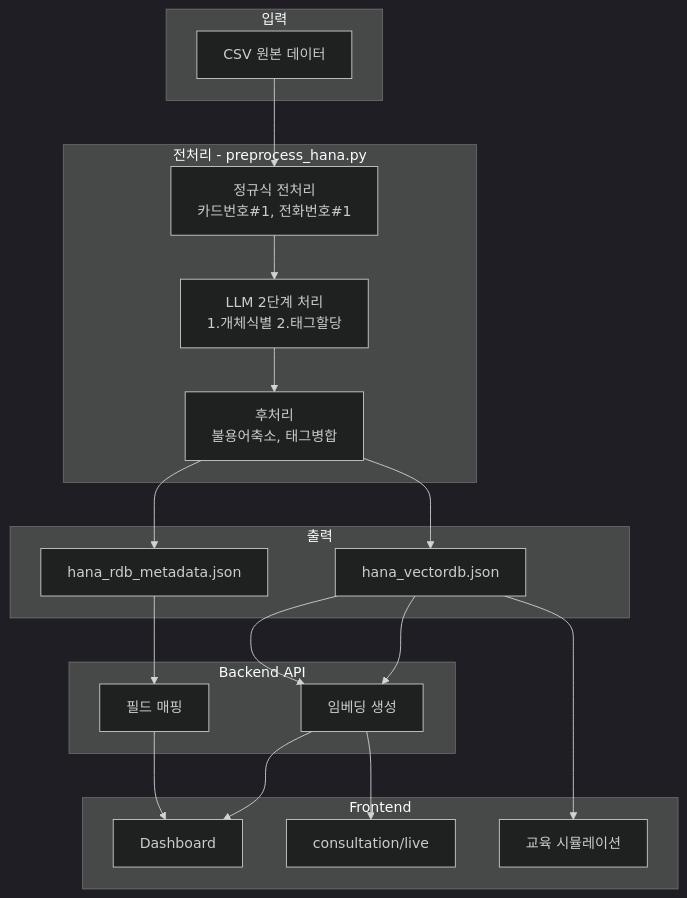
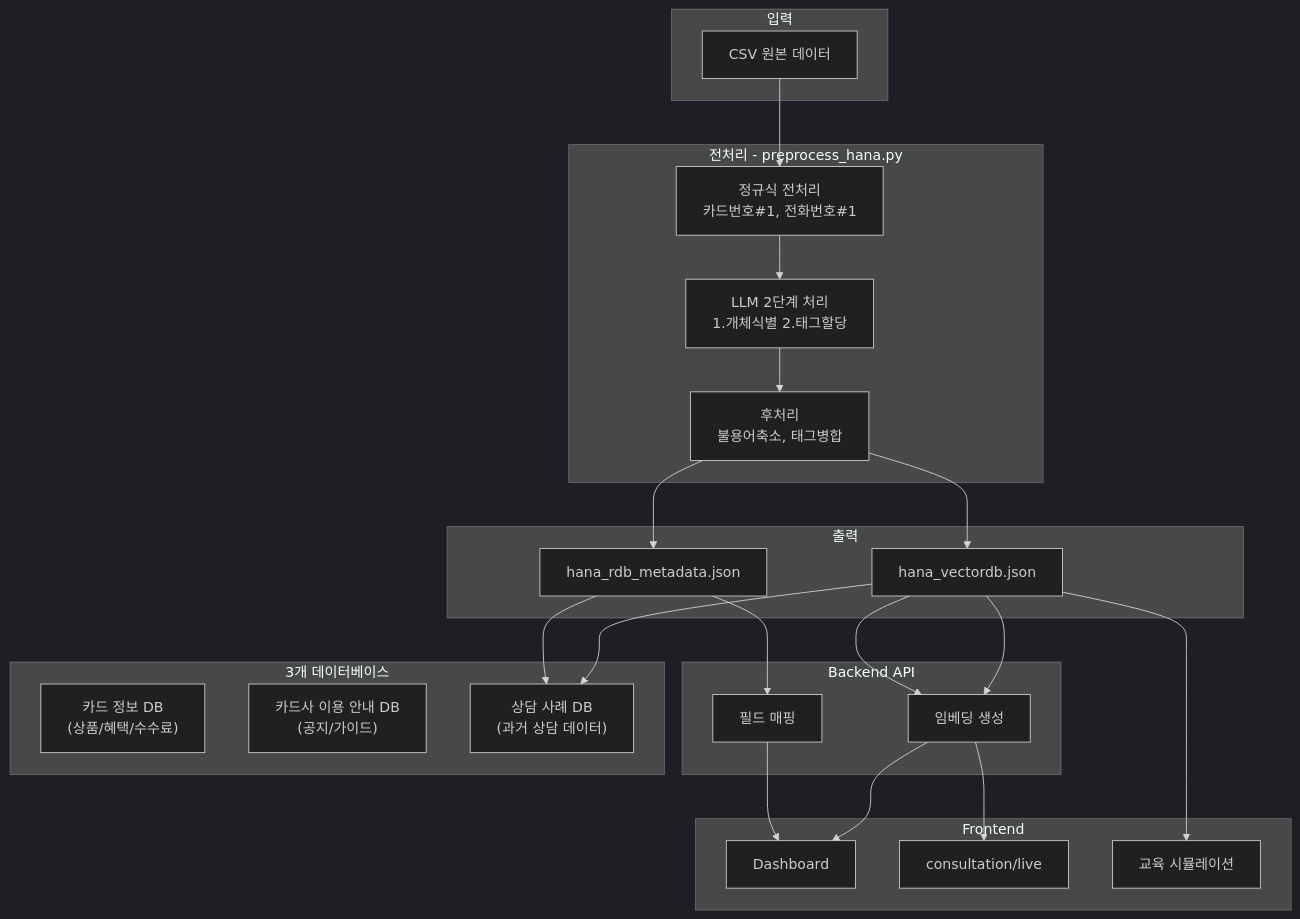
One commit to vfxpedia/call-act changed the first of 3 diagrams in docs/04_dev/01_data-preprocessing/00_hana_data_schema.md. Above: the diagram before and after it, drawn with Mermaid (dark theme). The commit also changed other lines of this file and 105 other files, not shown here.

````diff
--- a/docs/04_dev/01_data-preprocessing/00_hana_data_schema.md
+++ b/docs/04_dev/01_data-preprocessing/00_hana_data_schema.md
@@ -12,36 +12,44 @@
 ```mermaid
 flowchart TD
     subgraph Input [입력]
         A[CSV 원본 데이터]
     end
     
     subgraph Preprocess [전처리 - preprocess_hana.py]
         B1["정규식 전처리<br/>카드번호#1, 전화번호#1"]
         B2["LLM 2단계 처리<br/>1.개체식별 2.태그할당"]
         B3["후처리<br/>불용어축소, 태그병합"]
     end
     
     subgraph Output [출력]
         C1[hana_vectordb.json]
         C2[hana_rdb_metadata.json]
     end
     
     subgraph Backend [Backend API]
         D1["임베딩 생성"]
         D2["필드 매핑"]
     end
     
     subgraph Frontend [Frontend]
         E1["Dashboard"]
         E2["consultation/live"]
         E3["교육 시뮬레이션"]
     end
     
+    subgraph DBs [3개 데이터베이스]
+        F1["카드 정보 DB<br/>(상품/혜택/수수료)"]
+        F2["카드사 이용 안내 DB<br/>(공지/가이드)"]
+        F3["상담 사례 DB<br/>(과거 상담 데이터)"]
+    end
+    
     A --> B1 --> B2 --> B3
     B3 --> C1
     B3 --> C2
     C1 --> D1 --> E1
     C1 --> D1 --> E2
     C2 --> D2 --> E1
     C1 --> E3
+    C1 --> F3
+    C2 --> F3
 ```
````
